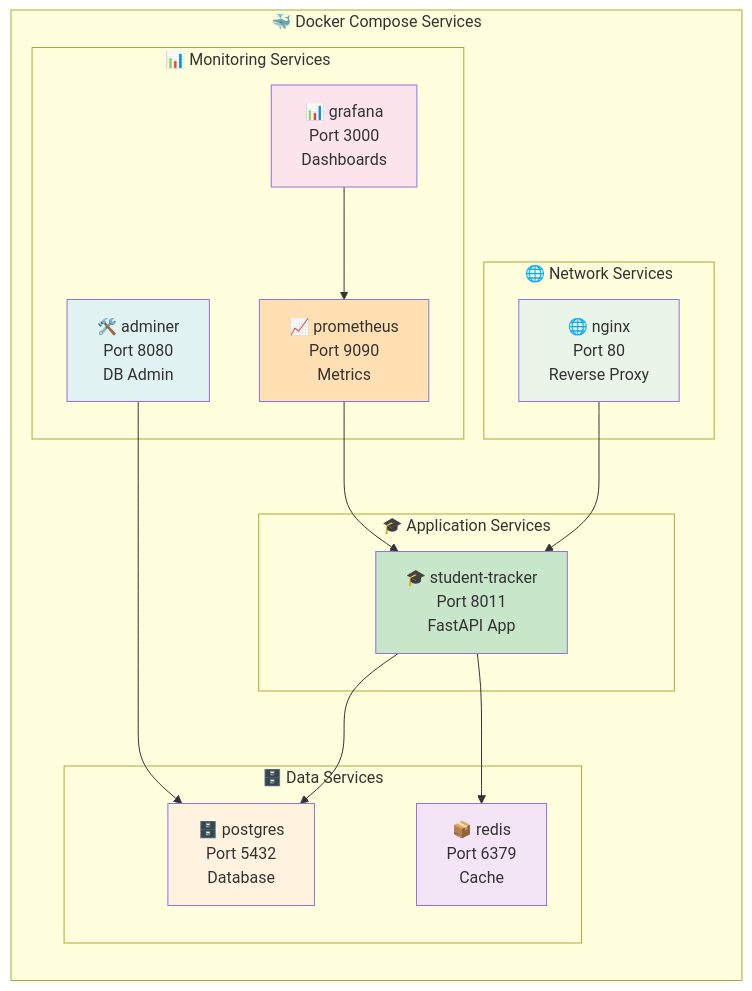
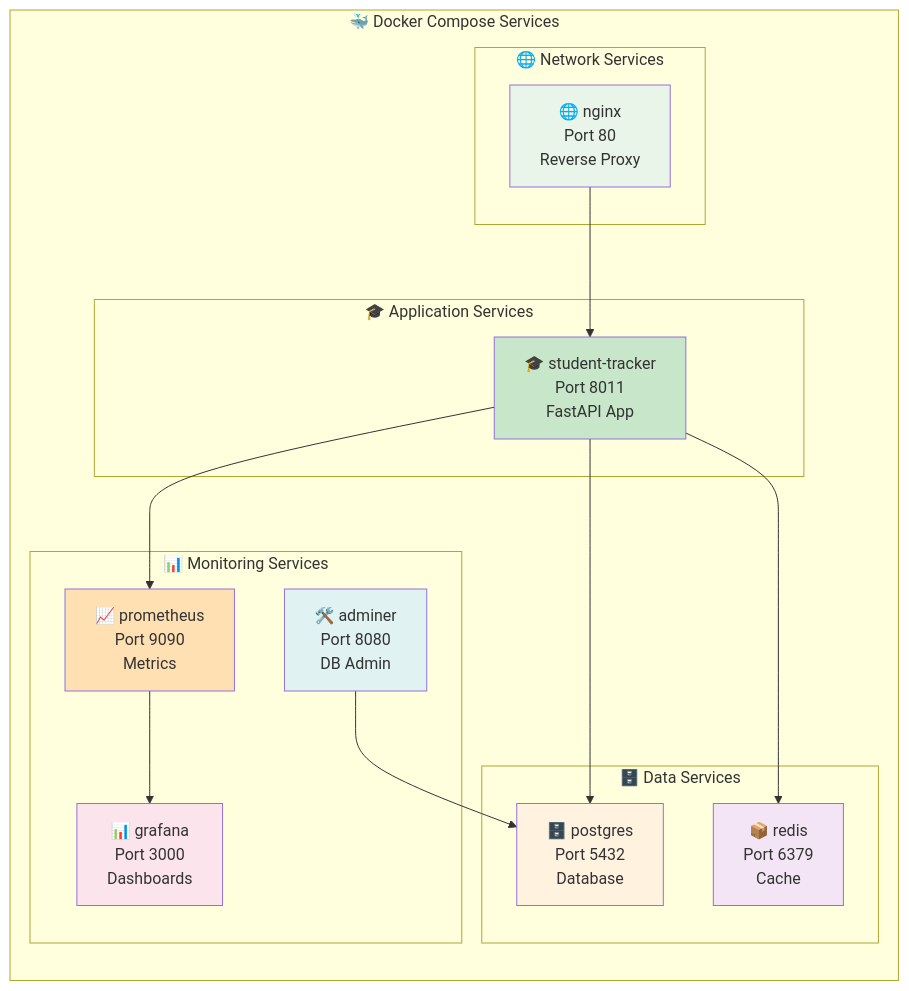
One commit to bonaventuresimeon/NativeSeries changed the second of 4 diagrams in README.md. Above: the diagram before and after it, drawn with Mermaid. The commit also changed other lines of this file and 10 other files, not shown here.

````diff
--- a/README.md
+++ b/README.md
@@ -107,38 +148,38 @@
 ```mermaid
 graph LR
     subgraph "🐳 Docker Compose Services"
         subgraph "🎓 Application Services"
             ST[🎓 student-tracker<br/>Port 8011<br/>FastAPI App]
         end
         
         subgraph "🗄️ Data Services"
             PG[🗄️ postgres<br/>Port 5432<br/>Database]
             RD[📦 redis<br/>Port 6379<br/>Cache]
         end
         
         subgraph "🌐 Network Services"
-            NX[🌐 nginx<br/>Port 80<br/>Reverse Proxy]
+            NG[🌐 nginx<br/>Port 80<br/>Reverse Proxy]
         end
         
         subgraph "📊 Monitoring Services"
-            PR[📈 prometheus<br/>Port 9090<br/>Metrics]
-            GR[📊 grafana<br/>Port 3000<br/>Dashboards]
+            PM[📈 prometheus<br/>Port 9090<br/>Metrics]
+            GF[📊 grafana<br/>Port 3000<br/>Dashboards]
             AD[🛠️ adminer<br/>Port 8080<br/>DB Admin]
         end
     end
     
-    NX --> ST
+    NG --> ST
     ST --> PG
     ST --> RD
-    PR --> ST
-    GR --> PR
+    ST --> PM
+    PM --> GF
     AD --> PG
     
     style ST fill:#c8e6c9
     style PG fill:#fff3e0
     style RD fill:#f3e5f5
-    style NX fill:#e8f5e8
-    style PR fill:#ffe0b2
-    style GR fill:#fce4ec
+    style NG fill:#e8f5e8
+    style PM fill:#ffe0b2
+    style GF fill:#fce4ec
     style AD fill:#e0f2f1
 ```
````
